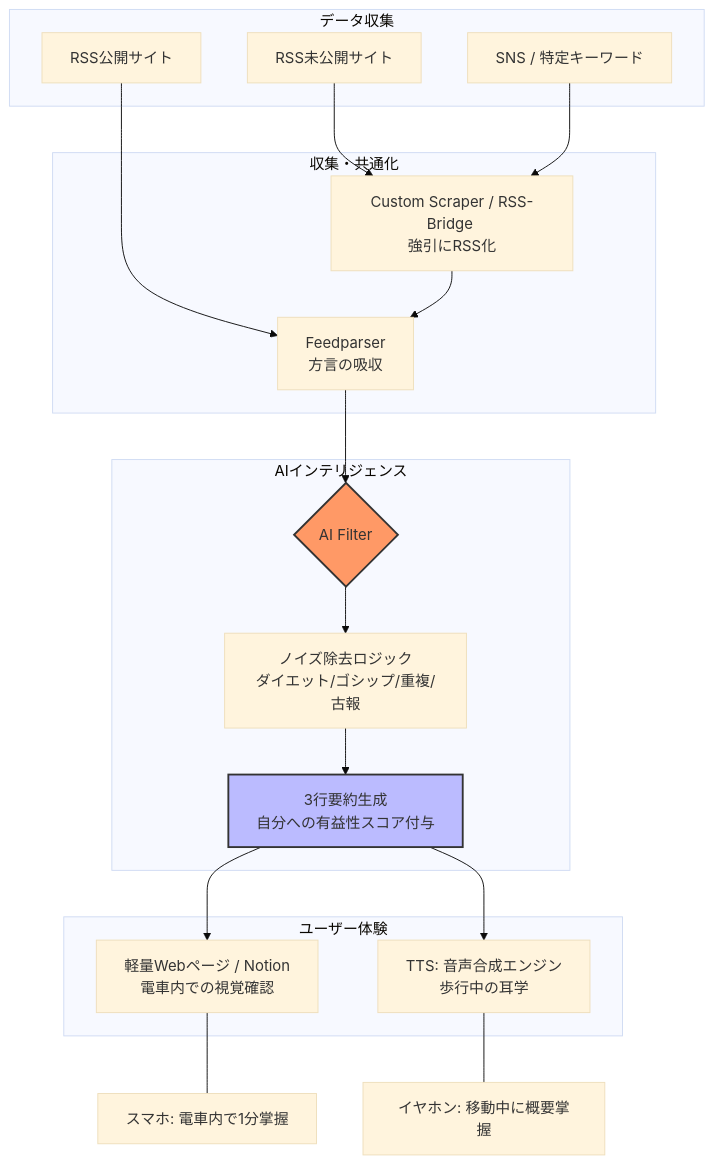
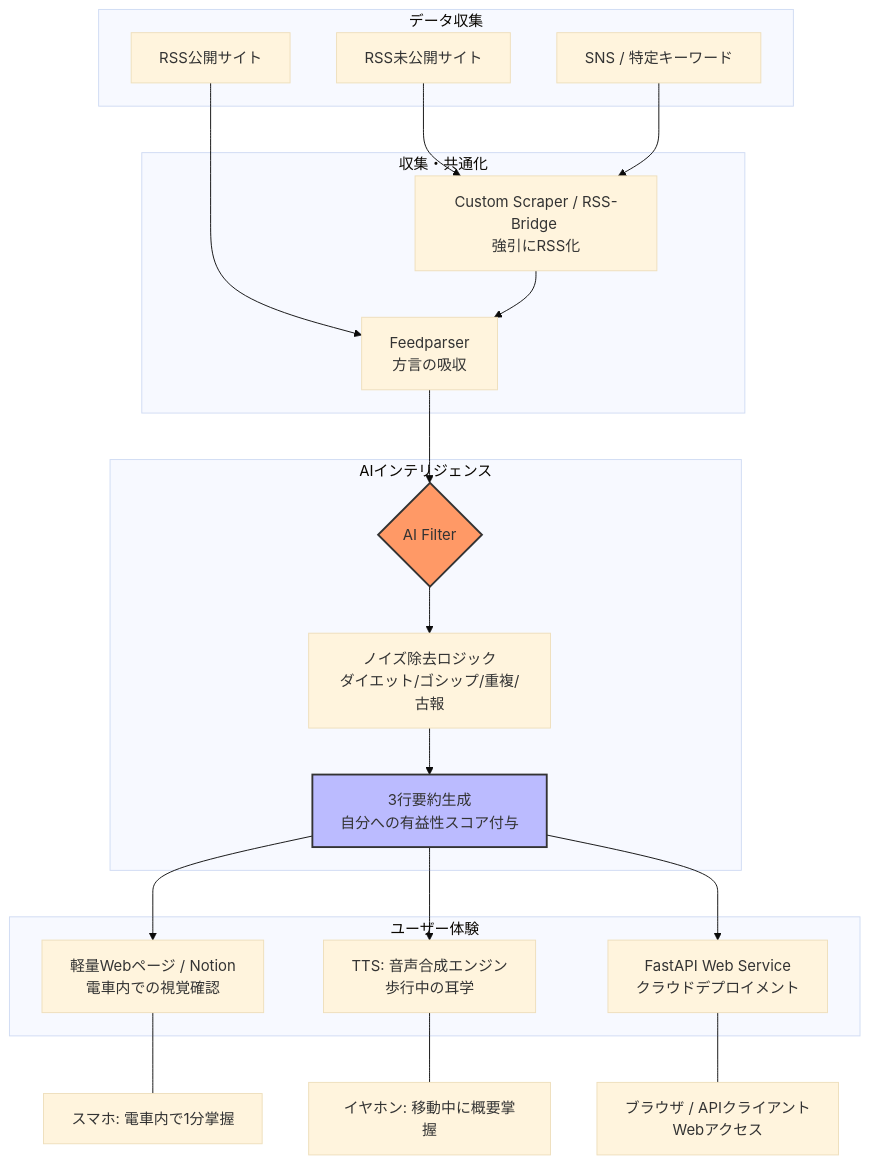
One commit to ska0151/web_sevice1 changed the first of 2 diagrams in docs/design_document.md. Above: the diagram before and after it, drawn with Mermaid (base theme). The commit also changed other lines of this file, not shown here.

````diff
--- a/docs/design_document.md
+++ b/docs/design_document.md
@@ -5,46 +28,49 @@
 ```mermaid
 graph TD
     %% --- データソース層 ---
     subgraph Data_Sources [データ収集]
         A1[RSS公開サイト]
         A2[RSS未公開サイト]
         A3[SNS / 特定キーワード]
     end
 
     %% --- 収集・変換層 ---
     subgraph Ingestion [収集・共通化]
         B1[Feedparser <br/>方言の吸収]
         B2[Custom Scraper / RSS-Bridge <br/>強引にRSS化]
         A1 --> B1
         A2 --> B2
         A3 --> B2
         B2 --> B1
     end
 
     %% --- AI フィルタリング層 ---
     subgraph AI_Processing [AIインテリジェンス]
         C1{AI Filter}
         C2[ノイズ除去ロジック<br/>ダイエット/ゴシップ/重複/古報]
         C3[3行要約生成<br/>自分への有益性スコア付与]
         
         B1 --> C1
         C1 --> C2
         C2 --> C3
     end
 
     %% --- 配信・ユーザー体験層 ---
     subgraph Delivery [ユーザー体験]
         D1[軽量Webページ / Notion<br/>電車内での視覚確認]
         D2[TTS: 音声合成エンジン<br/>歩行中の耳学]
+        D3[FastAPI Web Service<br/>クラウドデプロイメント]
         
         C3 --> D1
         C3 --> D2
+        C3 --> D3
     end
 
     %% --- デバイス ---
     D1 --- E[スマホ: 電車内で1分掌握]
     D2 --- F[イヤホン: 移動中に概要掌握]
+    D3 --- G[ブラウザ / APIクライアント<br/>Webアクセス]
 
     style C1 fill:#f96,stroke:#333,stroke-width:2px
     style C3 fill:#bbf,stroke:#333,stroke-width:2px
 ```
````
